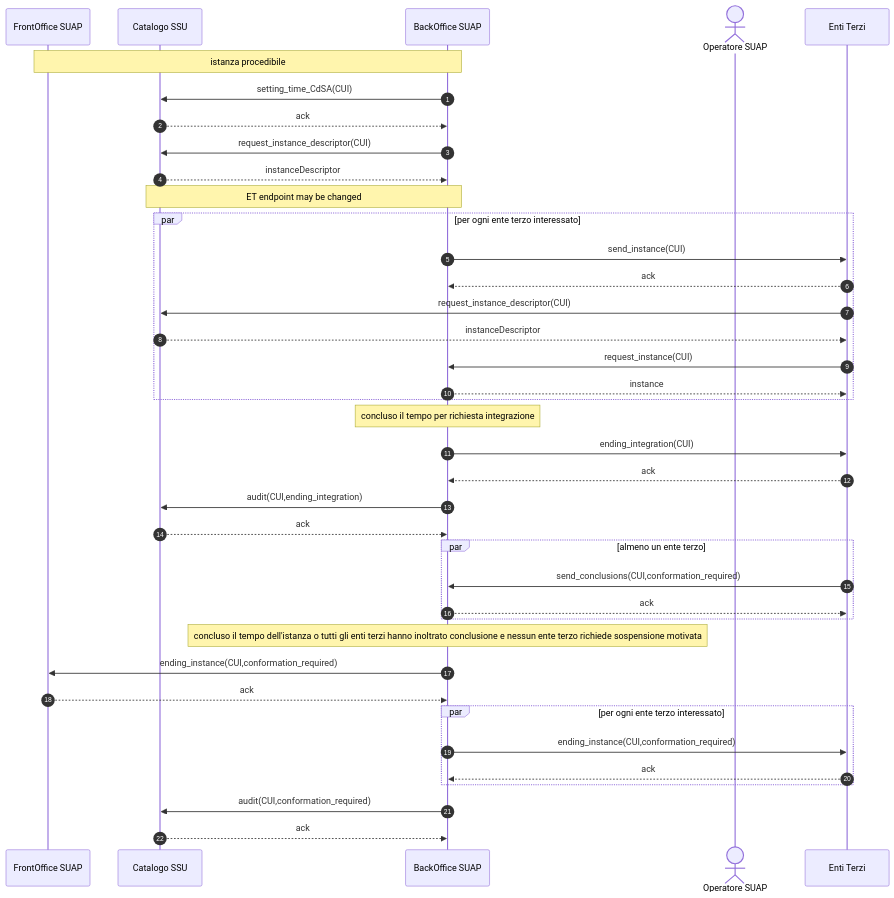
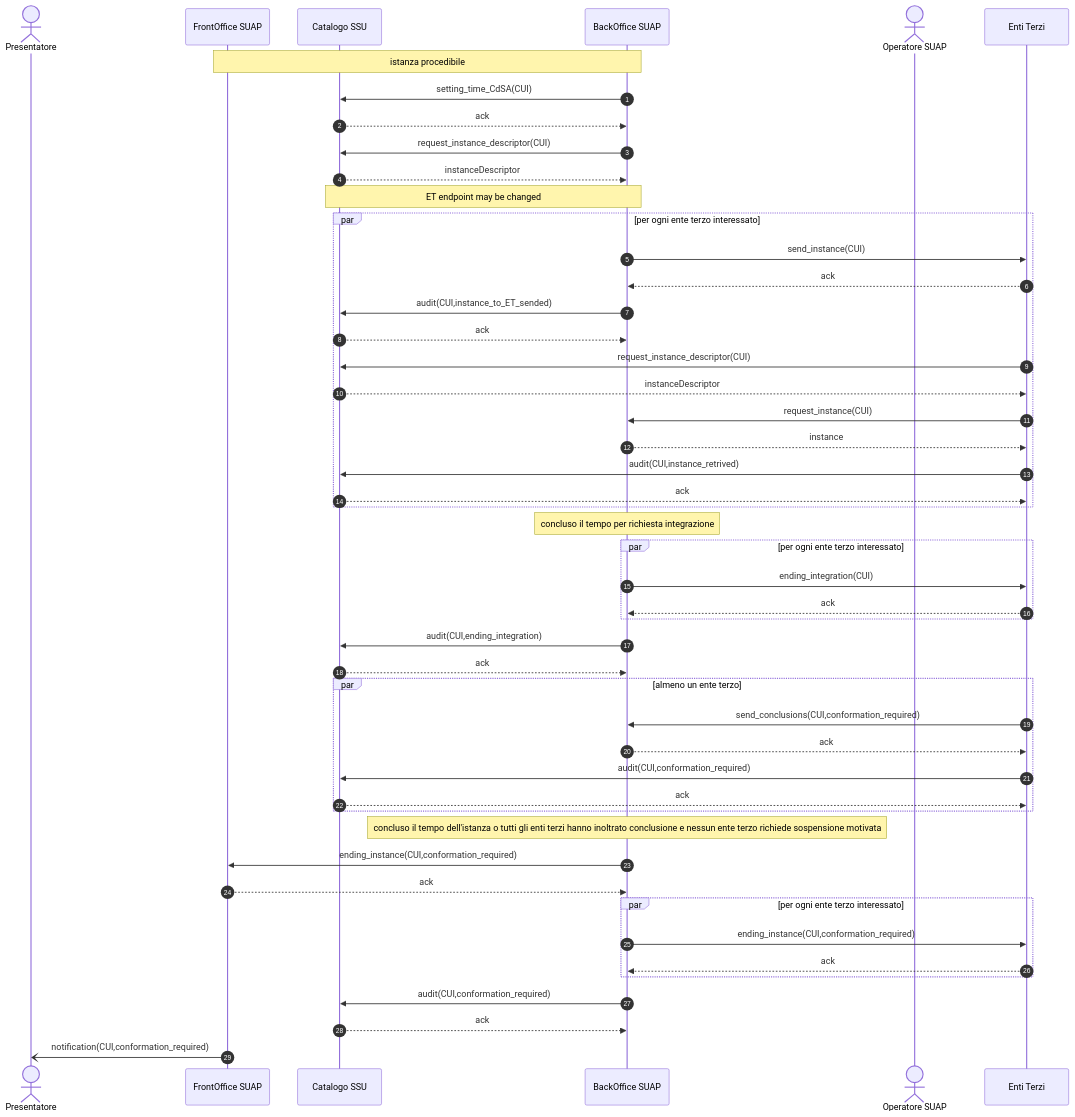
The diagram in to_interoperabilita/sequence-diagram/DomandaAutorizzazione-013.mermaid (AgID/suap-gt-specifiche), drawn with Mermaid before and after one commit. The commit also changed other lines of this file and 15 other files, not shown here.

```diff
--- a/to_interoperabilita/sequence-diagram/DomandaAutorizzazione-013.mermaid
+++ b/to_interoperabilita/sequence-diagram/DomandaAutorizzazione-013.mermaid
@@ -1,48 +1,59 @@
 sequenceDiagram
     autonumber
 
+    actor P as Presentatore    
     participant F as FrontOffice SUAP
     participant C as Catalogo SSU    
     participant B as BackOffice SUAP    
     actor O as Operatore SUAP    
     participant E as Enti Terzi    
  
     Note over F,B: istanza procedibile
 
 	B ->> C: setting_time_CdSA(CUI)
     C -->> B: ack
 
     B ->> C: request_instance_descriptor(CUI)
     C -->> B: instanceDescriptor
     Note over C,B: ET endpoint may be changed
     
     par per ogni ente terzo interessato        
         B ->> E: send_instance(CUI)
         E -->> B: ack
+        B ->> C: audit(CUI,instance_to_ET_sended)
+        C -->> B: ack
         E ->> C: request_instance_descriptor(CUI)
         C -->> E: instanceDescriptor
         E ->> B: request_instance(CUI)
         B -->> E: instance
+        E ->> C: audit(CUI,instance_retrived)
+        C -->> E: ack
     end
-    
+   
 
     Note over B: concluso il tempo per richiesta integrazione
-    B ->> E: ending_integration(CUI)
-    E -->> B: ack
-    B ->> C: audit(CUI,ending_integration)
-    C -->> B: ack
+    par per ogni ente terzo interessato 
+        B ->> E: ending_integration(CUI)
+        E -->> B: ack
+    end
+        B ->> C: audit(CUI,ending_integration)
+        C -->> B: ack
 
-    par almeno un ente terzo
+    par almeno un ente terzo 
         E ->> B: send_conclusions(CUI,conformation_required)
-        B -->> E: ack            
+        B -->> E: ack 
+         E ->> C: audit(CUI,conformation_required)
+        C -->> E: ack            
     end
 
     Note over B: concluso il tempo dell'istanza o tutti gli enti terzi hanno inoltrato conclusione e nessun ente terzo richiede sospensione motivata
     B ->> F: ending_instance(CUI,conformation_required)
     F -->> B: ack            
     par per ogni ente terzo interessato
         B ->> E: ending_instance(CUI,conformation_required)
         E -->> B: ack
     end
     B ->> C: audit(CUI,conformation_required)
     C -->> B: ack
+
+    F -) P: notification(CUI,conformation_required)
```
